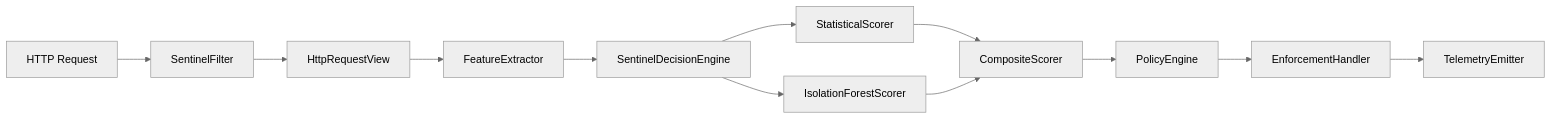
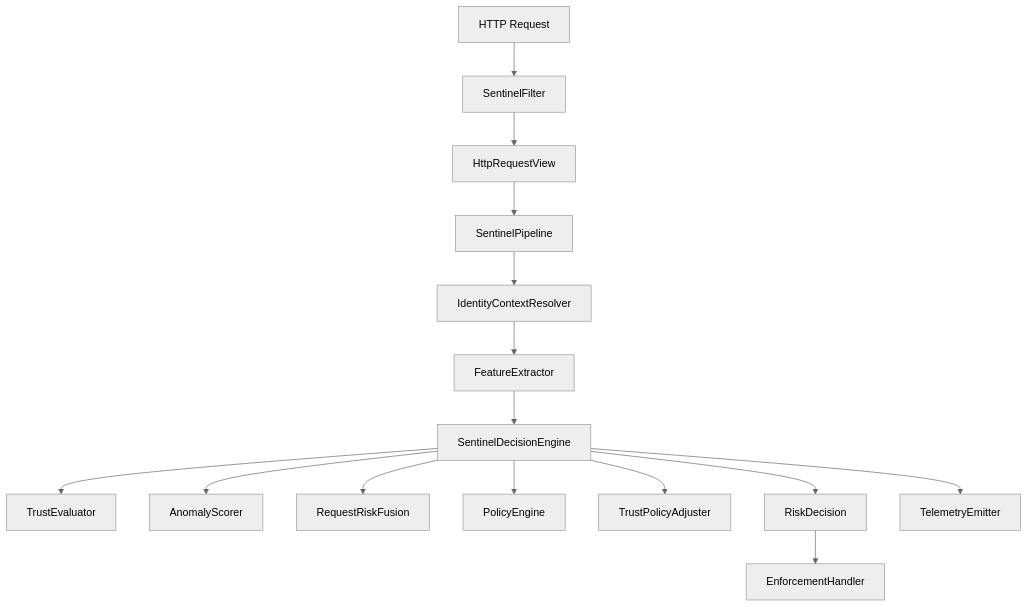
One commit to CollinKabwama/ai-sentinel changed the diagram in ARCHITECTURE.md. Above: the diagram before and after it, drawn with Mermaid (neutral theme). The commit also changed other lines of this file and 36 other files, not shown here.

````diff
--- a/ARCHITECTURE.md
+++ b/ARCHITECTURE.md
@@ -55,26 +60,33 @@
 ```mermaid
-flowchart LR
+flowchart TB
     Req[HTTP Request]
     Filter[SentinelFilter]
     View[HttpRequestView]
+    Pipeline[SentinelPipeline]
+    Id[IdentityContextResolver]
     Extractor[FeatureExtractor]
     Engine[SentinelDecisionEngine]
-    Stat[StatisticalScorer]
-    IF[IsolationForestScorer]
-    Comp[CompositeScorer]
+    Trust[TrustEvaluator]
+    Scorer[AnomalyScorer]
+    Fusion[RequestRiskFusion]
     Pol[PolicyEngine]
+    TrustPol[TrustPolicyAdjuster]
+    Decision[RiskDecision]
     Enf[EnforcementHandler]
     Tel[TelemetryEmitter]
 
     Req --> Filter
     Filter --> View
-    View --> Extractor
+    View --> Pipeline
+    Pipeline --> Id
+    Id --> Extractor
     Extractor --> Engine
-    Engine --> Stat
-    Engine --> IF
-    Stat --> Comp
-    IF --> Comp
-    Comp --> Pol
-    Pol --> Enf
-    Enf --> Tel
+    Engine --> Trust
+    Engine --> Scorer
+    Engine --> Fusion
+    Engine --> Pol
+    Engine --> TrustPol
+    Engine --> Decision
+    Decision --> Enf
+    Engine --> Tel
 ```
````
